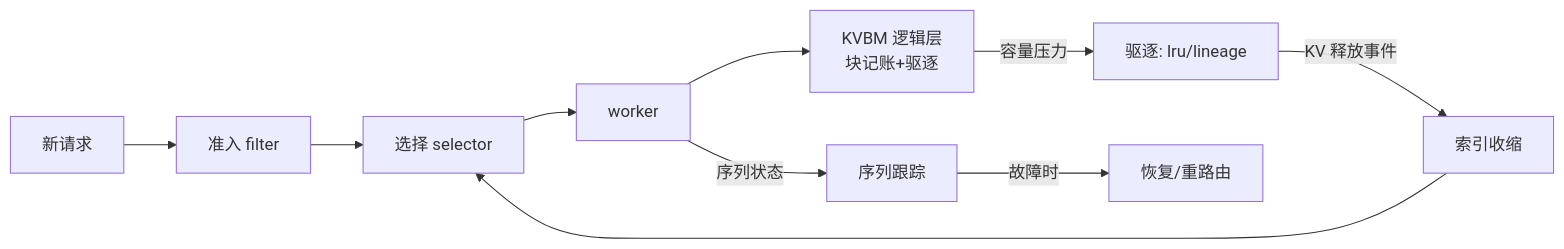
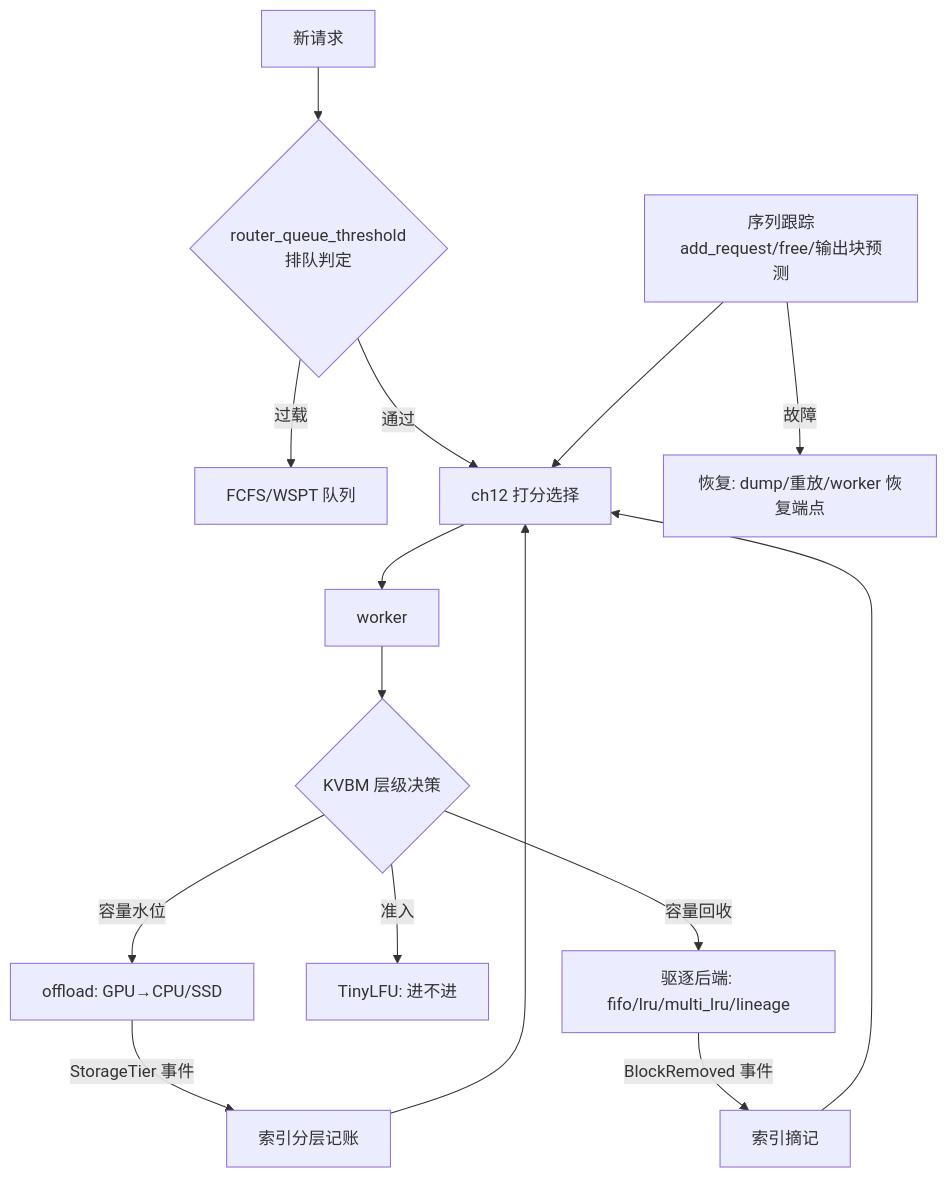
Before and after one commit to coderchem/dynamo-learning-book: the diagram in 03-kv-routing/ch13-scheduling-eviction.md, drawn with Mermaid. The commit also changed other lines of this file and 5 other files, not shown here.

````diff
--- a/03-kv-routing/ch13-scheduling-eviction.md
+++ b/03-kv-routing/ch13-scheduling-eviction.md
@@ -98,12 +117,16 @@
 ```mermaid
-flowchart LR
-    REQ[新请求] --> ADM[准入 filter]
-    ADM --> SEL[选择 selector]
+flowchart TD
+    REQ[新请求] --> ADM{router_queue_threshold<br/>排队判定}
+    ADM -->|过载| QUEUE[FCFS/WSPT 队列]
+    ADM -->|通过| SEL[ch12 打分选择]
     SEL --> W[worker]
-    W --> BM[KVBM 逻辑层<br/>块记账+驱逐]
-    BM -->|容量压力| EV[驱逐: lru/lineage]
-    EV -->|KV 释放事件| IDX[索引收缩]
-    IDX --> SEL
-    W -->|序列状态| ST[序列跟踪]
-    ST -->|故障时| REC[恢复/重路由]
+    W --> TIER{KVBM 层级决策}
+    TIER -->|容量水位| OFF[offload: GPU→CPU/SSD]
+    TIER -->|准入| TF[TinyLFU: 进不进]
+    TIER -->|容量回收| EV[驱逐后端: fifo/lru/multi_lru/lineage]
+    EV -->|BlockRemoved 事件| IDX[索引摘记]
+    OFF -->|StorageTier 事件| IDX2[索引分层记账]
+    IDX & IDX2 --> SEL
+    SEQ[序列跟踪<br/>add_request/free/输出块预测] --> SEL
+    SEQ -->|故障| REC[恢复: dump/重放/worker 恢复端点]
 ```
````
